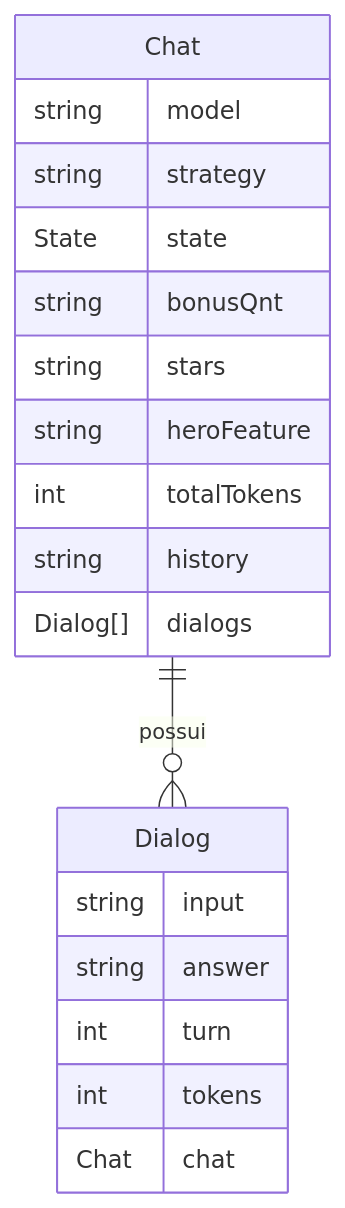
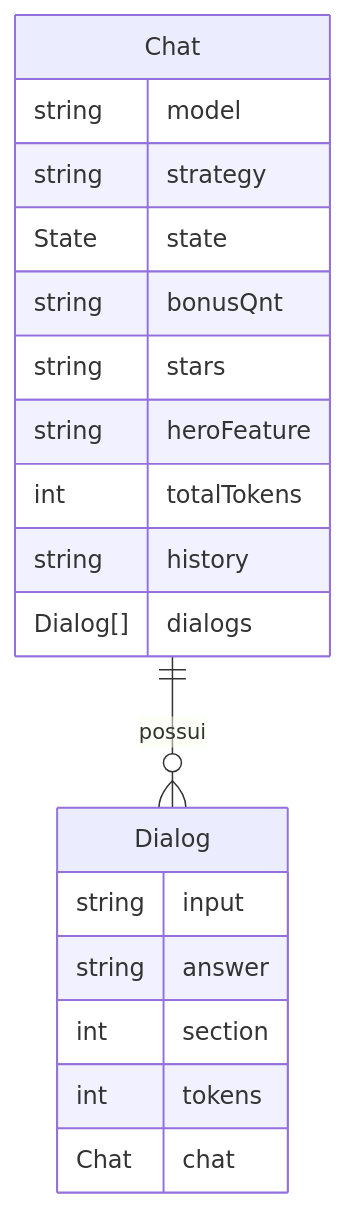
Before and after one commit to caio-bernardo/Blabinha-API: the diagram in README.md, drawn with Mermaid. The commit also changed 7 other files, not shown here.

````diff
--- a/README.md
+++ b/README.md
@@ -144,22 +144,22 @@
 ```mermaid
 erDiagram
    Chat ||--o{ Dialog : possui
    Chat {
       string model
       string strategy
       State state
       string bonusQnt
       string stars
       string heroFeature
       int totalTokens
       string history
       Dialog[] dialogs
    }
    Dialog {
       string input
       string answer
-      int turn
+      int section
       int tokens
       Chat chat
    }
 ```
````
